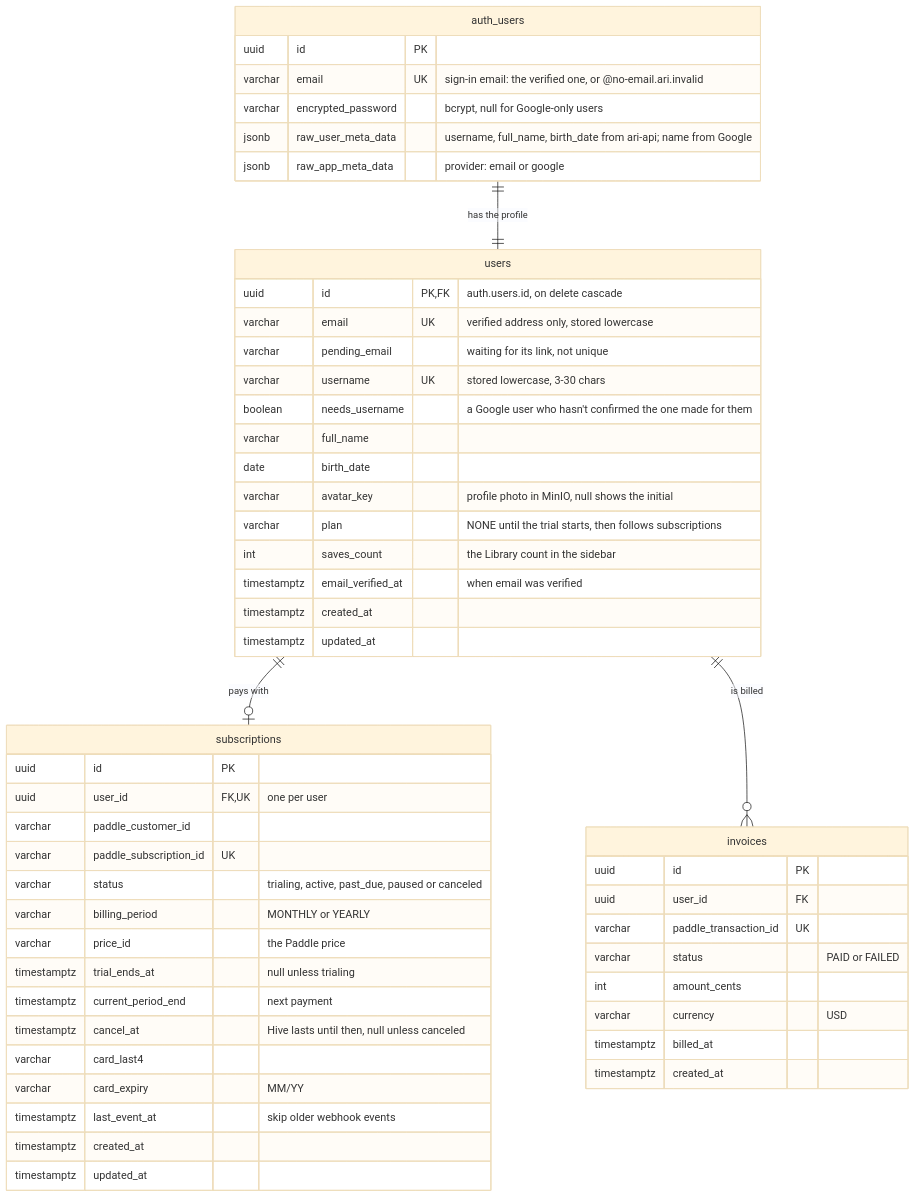
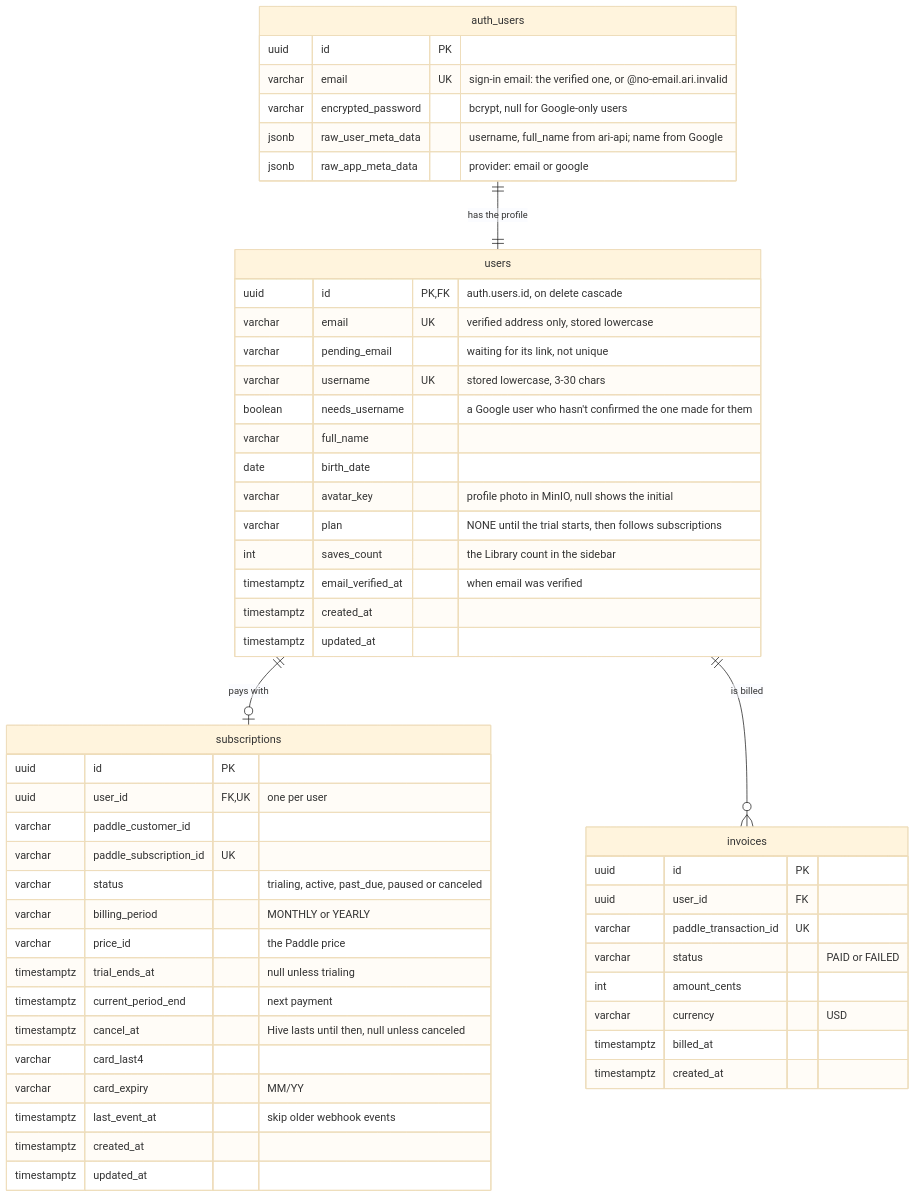
One commit to salimsalimzade/ari-api changed the second of 8 diagrams in docs/database.md. Above: the diagram before and after it, drawn with Mermaid (base theme). The commit also changed other lines of this file and 22 other files, not shown here.

Commit message:
feature(account): make the birth date optional

````diff
--- a/docs/database.md
+++ b/docs/database.md
@@ -56,55 +56,55 @@
 ```mermaid
 erDiagram
   auth_users ||--|| users : "has the profile"
   users ||--o| subscriptions : "pays with"
   users ||--o{ invoices : "is billed"
   auth_users {
     uuid id PK
     varchar email UK "sign-in email: the verified one, or <id>@no-email.ari.invalid"
     varchar encrypted_password "bcrypt, null for Google-only users"
-    jsonb raw_user_meta_data "username, full_name, birth_date from ari-api; name from Google"
+    jsonb raw_user_meta_data "username, full_name from ari-api; name from Google"
     jsonb raw_app_meta_data "provider: email or google"
   }
   users {
     uuid id PK, FK "auth.users.id, on delete cascade"
     varchar email UK "verified address only, stored lowercase"
     varchar pending_email "waiting for its link, not unique"
     varchar username UK "stored lowercase, 3-30 chars"
     boolean needs_username "a Google user who hasn't confirmed the one made for them"
     varchar full_name
     date birth_date
     varchar avatar_key "profile photo in MinIO, null shows the initial"
     varchar plan "NONE until the trial starts, then follows subscriptions"
     int saves_count "the Library count in the sidebar"
     timestamptz email_verified_at "when email was verified"
     timestamptz created_at
     timestamptz updated_at
   }
   subscriptions {
     uuid id PK
     uuid user_id FK, UK "one per user"
     varchar paddle_customer_id
     varchar paddle_subscription_id UK
     varchar status "trialing, active, past_due, paused or canceled"
     varchar billing_period "MONTHLY or YEARLY"
     varchar price_id "the Paddle price"
     timestamptz trial_ends_at "null unless trialing"
     timestamptz current_period_end "next payment"
     timestamptz cancel_at "Hive lasts until then, null unless canceled"
     varchar card_last4
     varchar card_expiry "MM/YY"
     timestamptz last_event_at "skip older webhook events"
     timestamptz created_at
     timestamptz updated_at
   }
   invoices {
     uuid id PK
     uuid user_id FK
     varchar paddle_transaction_id UK
     varchar status "PAID or FAILED"
     int amount_cents
     varchar currency "USD"
     timestamptz billed_at
     timestamptz created_at
   }
 ```
````
